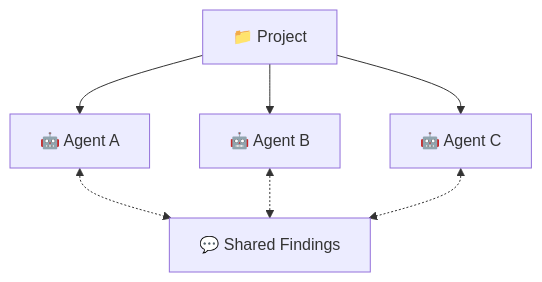
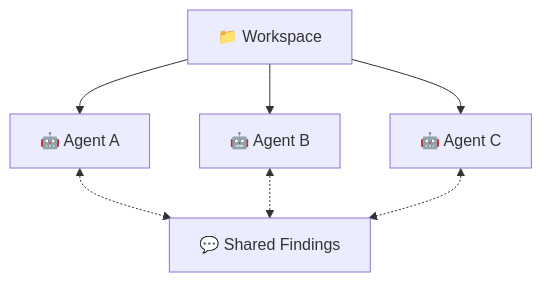
The third of 5 diagrams in README.md (nick-pape/grackle), drawn with Mermaid before and after one commit. The commit also changed other lines of this file and 9 other files, not shown here.

````diff
--- a/README.md
+++ b/README.md
@@ -65,6 +67,6 @@
 ```mermaid
 graph TD
-    P["📁 Project"]
+    P["📁 Workspace"]
     P --> A1["🤖 Agent A"] & A2["🤖 Agent B"] & A3["🤖 Agent C"]
     A1 & A2 & A3 <-.-> F["💬 Shared Findings"]
 ```
````
